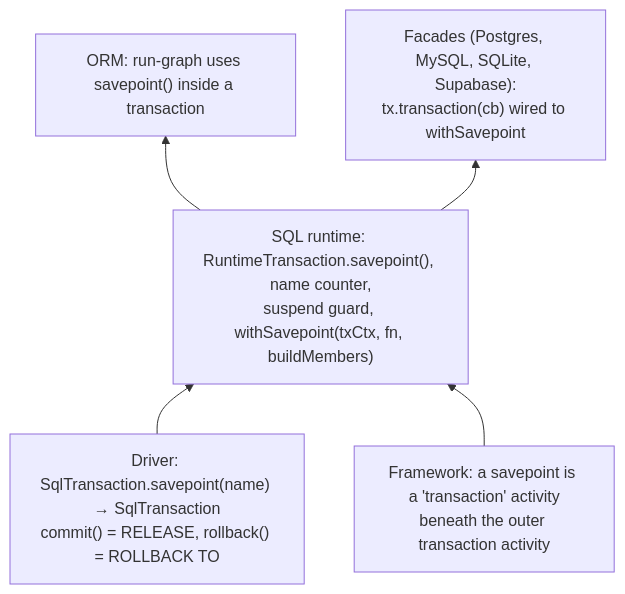
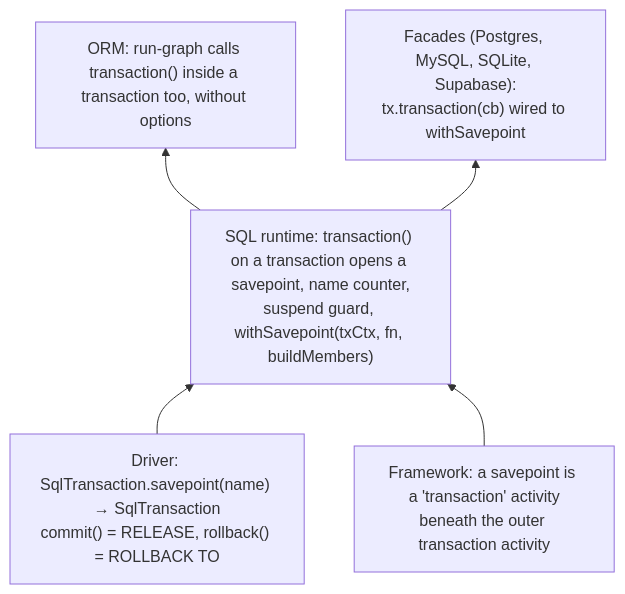
Before and after one commit to prisma/orm: the diagram in projects/nested-transactions/spec.md, drawn with Mermaid. The commit also changed other lines of this file and 2 other files, not shown here.

Commit message:
docs(projects): transaction() opens a savepoint, handles unchanged until slice 6, connection uses its open transaction

````diff
--- a/projects/nested-transactions/spec.md
+++ b/projects/nested-transactions/spec.md
@@ -30,12 +30,12 @@
 ```mermaid
 flowchart BT
   D["Driver: SqlTransaction.savepoint(name) → SqlTransaction<br/>commit() = RELEASE, rollback() = ROLLBACK TO"]
   F["Framework: a savepoint is a 'transaction' activity<br/>beneath the outer transaction activity"]
-  R["SQL runtime: RuntimeTransaction.savepoint(), name counter,<br/>suspend guard, withSavepoint(txCtx, fn, buildMembers)"]
-  O["ORM: run-graph uses savepoint() inside a transaction"]
+  R["SQL runtime: transaction() on a transaction opens a savepoint, name counter,<br/>suspend guard, withSavepoint(txCtx, fn, buildMembers)"]
+  O["ORM: run-graph calls transaction() inside a transaction too, without options"]
   P["Facades (Postgres, MySQL, SQLite, Supabase):<br/>tx.transaction(cb) wired to withSavepoint"]
   D --> R
   F --> R
   R --> O
   R --> P
 ```
````
